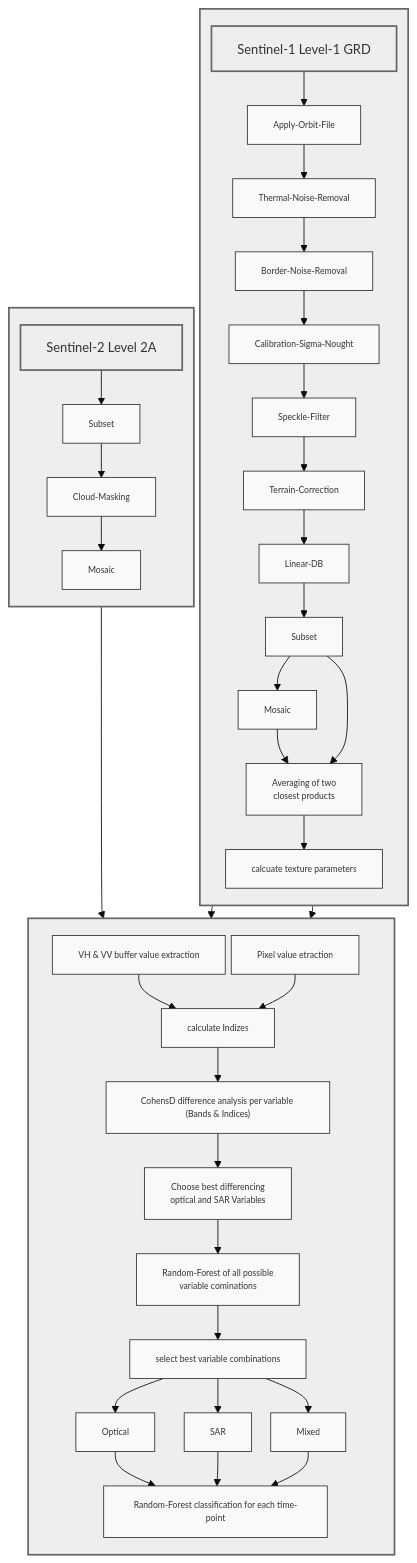
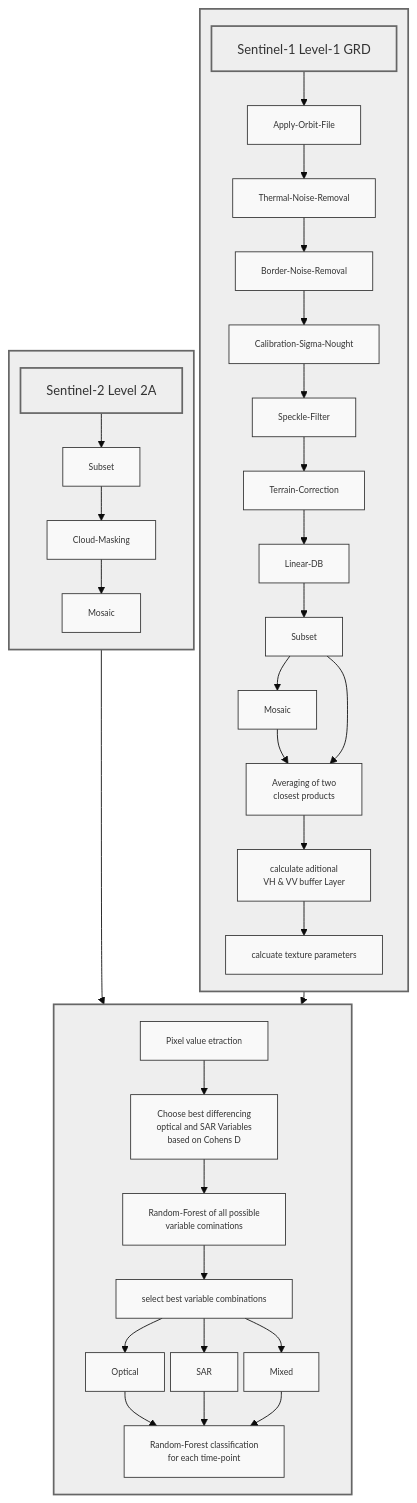
The diagram in README.md (Dege314/MLU_LSS_1), drawn with Mermaid before and after one commit.

Commit message:
worklfow adaptions

````diff
--- a/README.md
+++ b/README.md
@@ -5,65 +5,62 @@
 ```mermaid
 %%{init: {'theme': 'base', 'themeVariables': { 'fontSize': '10px', 'fontFamily': 'arial' }, 'flowchart': { 'nodeSpacing': 7,'rankSpacing': 15 }}}%%
 flowchart TD
     %% Konfiguration für gerade/eckige Linien
     linkStyle default orthogonal
 
     %% S1-Subgraph
     subgraph Sentinel1[" "]
         direction TB
         Title["Sentinel-1 Level-1 GRD"]
         Title --> AOF
         AOF["Apply-Orbit-File"] --> TNR["Thermal-Noise-Removal"]
         TNR --> BNR["Border-Noise-Removal"]
         BNR --> Cal["Calibration-Sigma-Nought"]
         Cal --> SPK["Speckle-Filter"]
         SPK --> TCR["Terrain-Correction"]
         TCR --> LDB["Linear-DB"]
         LDB --> 1SUB["Subset"]
         1SUB --> 1MSC["Mosaic"]
         1MSC --> Mean["Averaging of two <br> closest products"]
-        Mean --> TP["calcuate texture parameters"]
+        Mean --> BE["calculate aditional <br> VH & VV buffer Layer"]
+        BE --> TP["calcuate texture parameters"]
         1SUB --> Mean
     end
 
     %% Sentinel-2 Subgraph
     subgraph Sentinel2[" "]
         direction TB
         Title2["Sentinel-2 Level 2A"]
         Title2 --> 2SUB
         2SUB["Subset"] --> CLM["Cloud-Masking"]
         CLM --> 2MSC["Mosaic"]
     end
 
     %% Analyse Subgraph
     subgraph Classification[" "]
         direction TB
-        BE["VH & VV buffer value extraction"]
+        
         PE["Pixel value etraction"]
-        BE --> IC["calculate Indizes"]
-        IC --> CD["CohensD difference analysis per variable (Bands & Indices)"]
-        PE --> IC
-        CD --> BV["Choose best differencing <br> optical and SAR Variables"]
+        PE --> BV["Choose best differencing <br> optical and SAR Variables <br> based on Cohens D"]
         BV --> RF1["Random-Forest of all possible <br> variable cominations"]
         RF1 --> SB["select best variable combinations"]
         SB --> Optical["Optical"]
         SB --> SAR["SAR"]
         SB --> Mixed["Mixed"]
-        Optical --> RF2["Random-Forest classification for each time-point"]
+        Optical --> RF2["Random-Forest classification <br> for each time-point"]
         SAR --> RF2
         Mixed -->RF2
 
         
     end
 
     %% Verbindungen zwischen Subgraphs
         TP --> PE
         2MSC --> PE
-        TP --> BE
 
     %% Stil- und Layoutoptimierungen
     classDef box fill:#f9f9f9,stroke:#333,stroke-width:1px,font-size:10px
     classDef subgraph_style fill:#eeeeee,stroke:#666,stroke-width:2px,font-size:15px, padding:10
     class AOF,TNR,BNR,Cal,SPK,TCR,LDB,1SUB,1MSC,Mean,TP,2SUB,CLM,BE,PE,CD,BV,RF1,RF2,SB,1MSC,IC,2MSC,Optical,SAR,Mixed,App box
     class Sentinel1,Sentinel2,Classification,Title,Title2,RF subgraph_style
 ```
````
